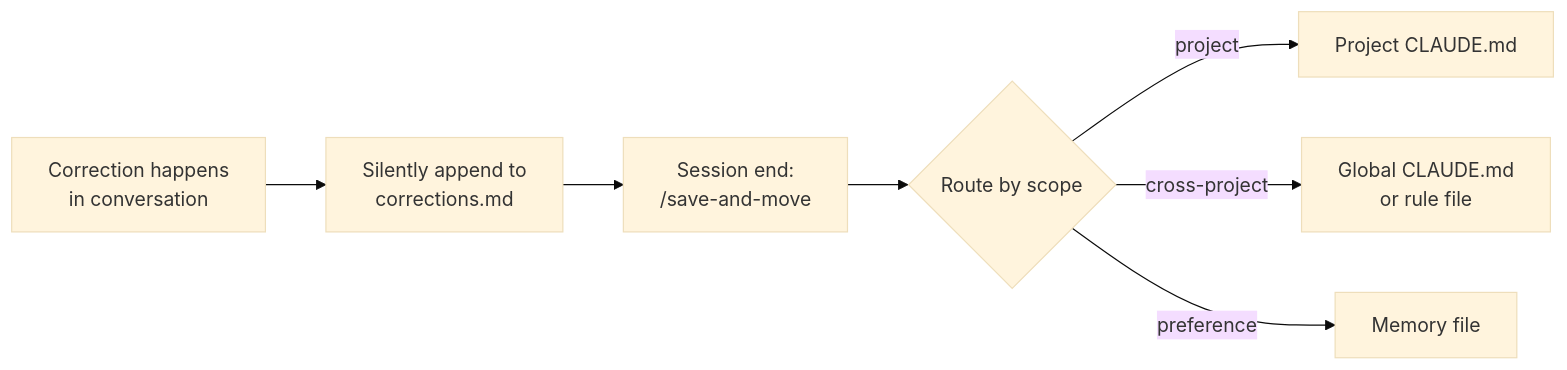
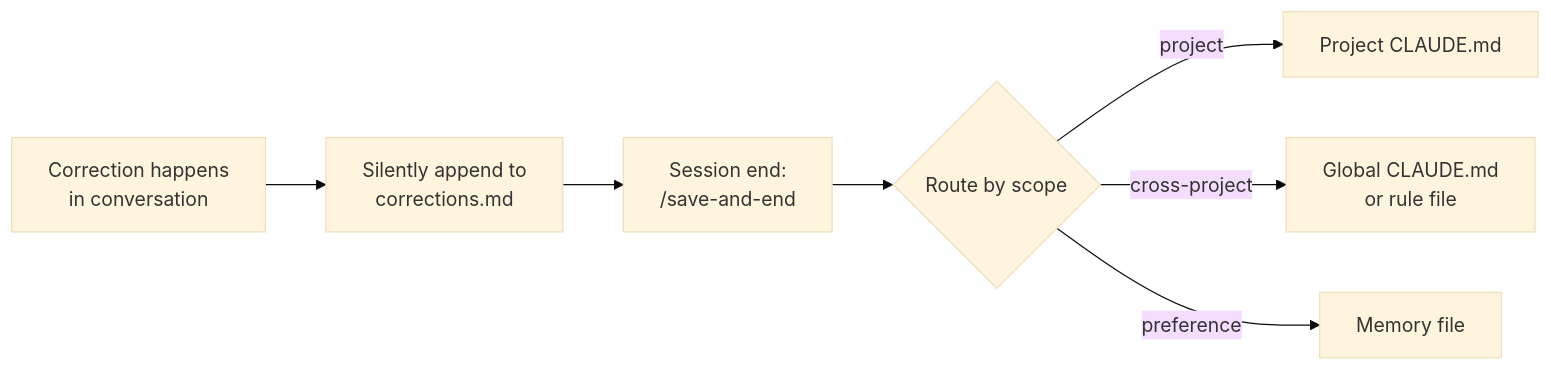
The seventh of 14 diagrams in README.md (acighi/how-i-claude), drawn with Mermaid (base theme) before and after one commit. The commit also changed other lines of this file, not shown here.

````diff
--- a/README.md
+++ b/README.md
@@ -647,9 +668,9 @@
 ```mermaid
 flowchart LR
     C["Correction happens<br/>in conversation"] --> L["Silently append to<br/>corrections.md"]
-    L --> S["Session end:<br/>/save-and-move"]
+    L --> S["Session end:<br/>/save-and-end"]
     S --> R{"Route by scope"}
     R -->|project| P["Project CLAUDE.md"]
     R -->|cross-project| G["Global CLAUDE.md<br/>or rule file"]
     R -->|preference| M["Memory file"]
 ```
````
